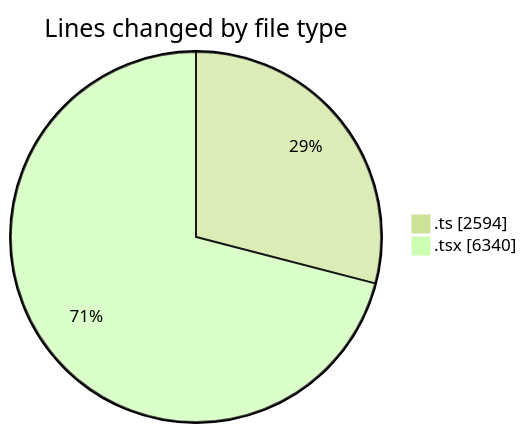
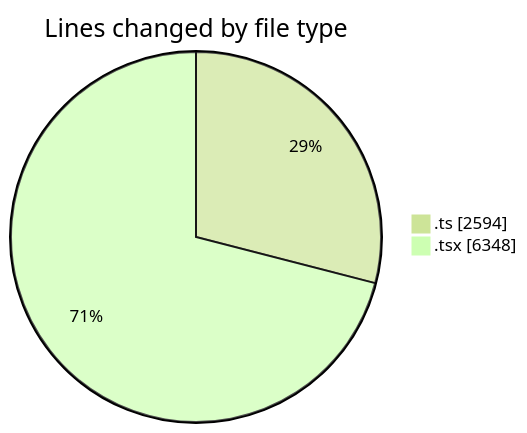
Before and after one commit to momahboobian/code-tracking: the first of 2 diagrams in 2025-07-01/cda/README.md, drawn with Mermaid (forest theme). The commit also changed other lines of this file and 1 other file, not shown here.

````diff
--- a/2025-07-01/cda/README.md
+++ b/2025-07-01/cda/README.md
@@ -44,6 +44,6 @@
 ```mermaid
 pie showData
 title Lines changed by file type
 ".ts" : 2594
-".tsx" : 6340
+".tsx" : 6348
 ```
````
